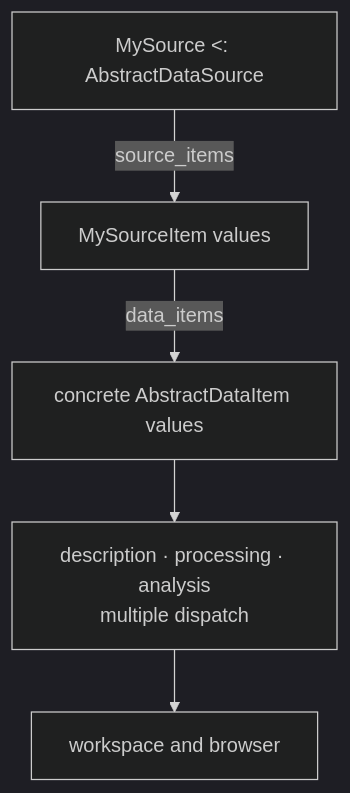
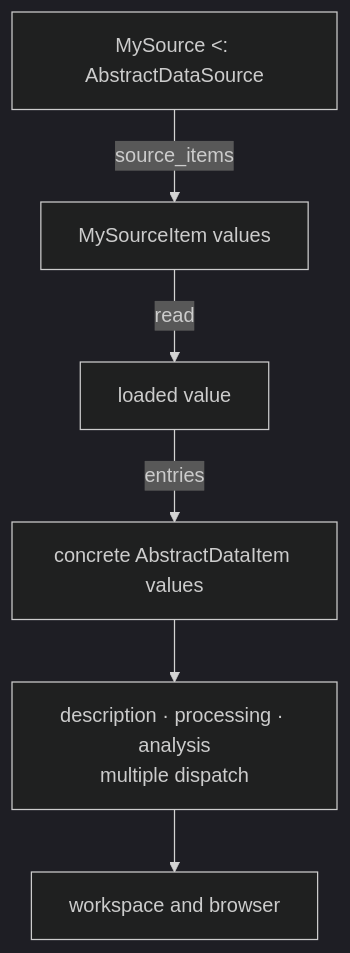
The diagram in docs/public/type-api.md (digiefel/MeasurementBrowser), drawn with Mermaid (dark theme) before and after one commit. The commit also changed other lines of this file and 5 other files, not shown here.

````diff
--- a/docs/public/type-api.md
+++ b/docs/public/type-api.md
@@ -118,7 +126,8 @@
 ```mermaid
 flowchart TB
     source["MySource <: AbstractDataSource"] -->|"source_items"| source_items["MySourceItem values"]
-    source_items -->|"data_items"| data_items["concrete AbstractDataItem values"]
-    data_items --> dispatch["description · processing · analysis<br/>multiple dispatch"]
+    source_items -->|"read"| loaded["loaded value"]
+    loaded -->|"entries"| items["concrete AbstractDataItem values"]
+    items --> dispatch["description · processing · analysis<br/>multiple dispatch"]
     dispatch --> workspace["workspace and browser"]
 ```
````
